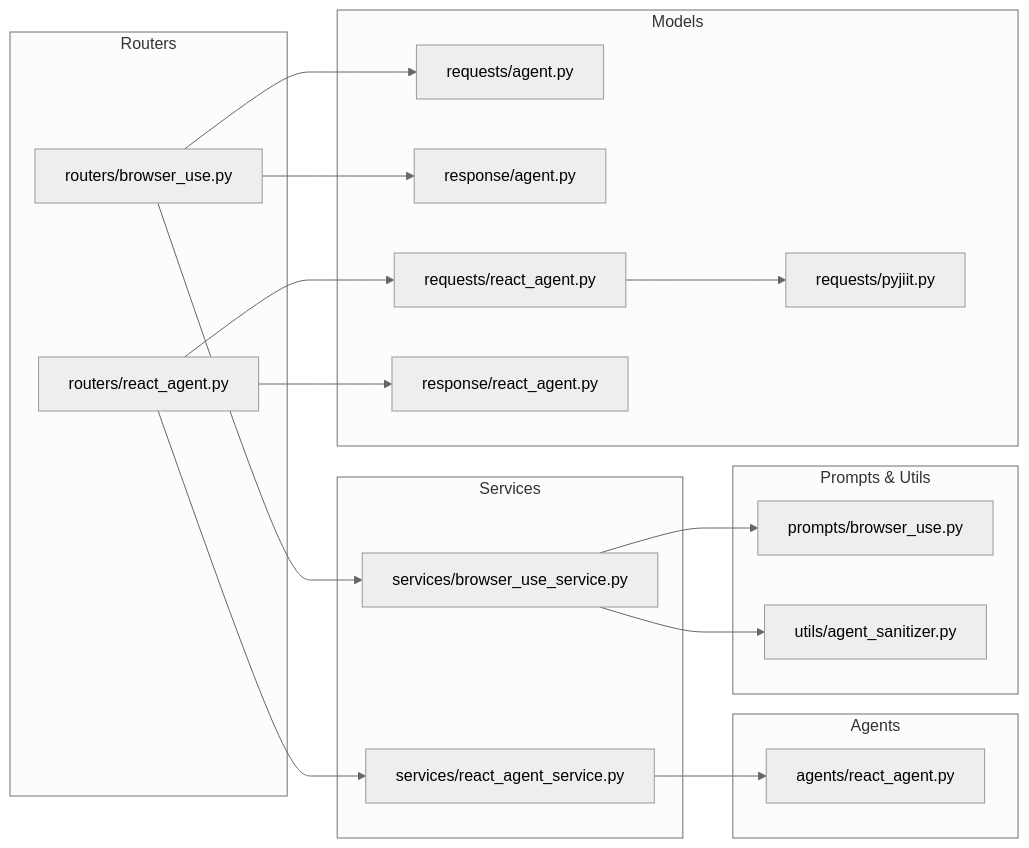
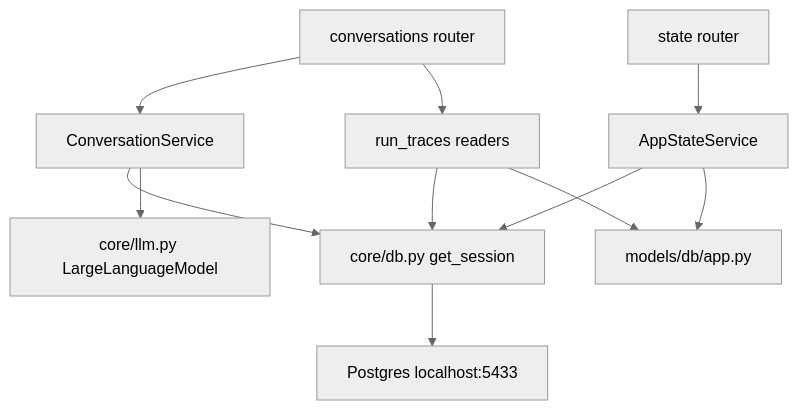
One commit to tashifkhan/tashif.codes changed the seventh of 7 diagrams in src/data/docs/agentic-browser/Data Models and Schemas/Agent Communication Models.md. Above: the diagram before and after it, drawn with Mermaid (neutral theme). The commit also changed other lines of this file and 114 other files, not shown here.

````diff
--- a/src/data/docs/agentic-browser/Data Models and Schemas/Agent Communication Models.md
+++ b/src/data/docs/agentic-browser/Data Models and Schemas/Agent Communication Models.md
@@ -232,35 +231,13 @@
 ```mermaid
-graph LR
-subgraph "Models"
-M1["requests/agent.py"]
-M2["response/agent.py"]
-M3["requests/react_agent.py"]
-M4["response/react_agent.py"]
-M5["requests/pyjiit.py"]
-end
-subgraph "Routers"
-R1["routers/browser_use.py"]
-R2["routers/react_agent.py"]
-end
-subgraph "Services"
-S1["services/browser_use_service.py"]
-S2["services/react_agent_service.py"]
-end
-subgraph "Agents"
-A1["agents/react_agent.py"]
-end
-subgraph "Prompts & Utils"
-P1["prompts/browser_use.py"]
-U1["utils/agent_sanitizer.py"]
-end
-R1 --> M1
-R1 --> M2
-R1 --> S1
-S1 --> P1
-S1 --> U1
-R2 --> M3
-R2 --> M4
-R2 --> S2
-S2 --> A1
-M3 --> M5
+graph TB
+  CONV["conversations router"] --> CS["ConversationService"]
+  CONV --> RT["run_traces readers"]
+  STATE["state router"] --> AS["AppStateService"]
+  CS --> DB["core/db.py get_session"]
+  RT --> DB
+  AS --> DB
+  CS --> LLM["core/llm.py LargeLanguageModel"]
+  DB --> PG["Postgres localhost:5433"]
+  RT --> MODELS["models/db/app.py"]
+  AS --> MODELS
 ```
````
